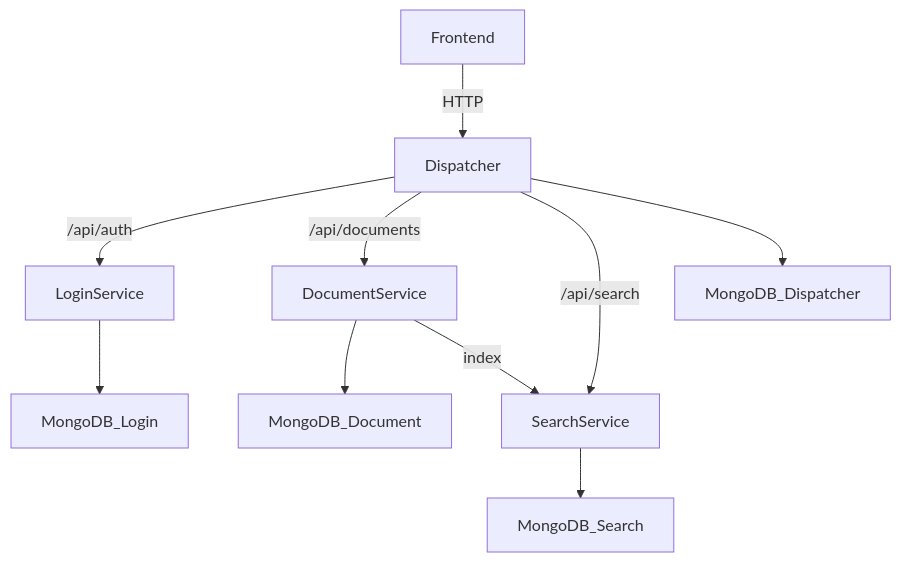
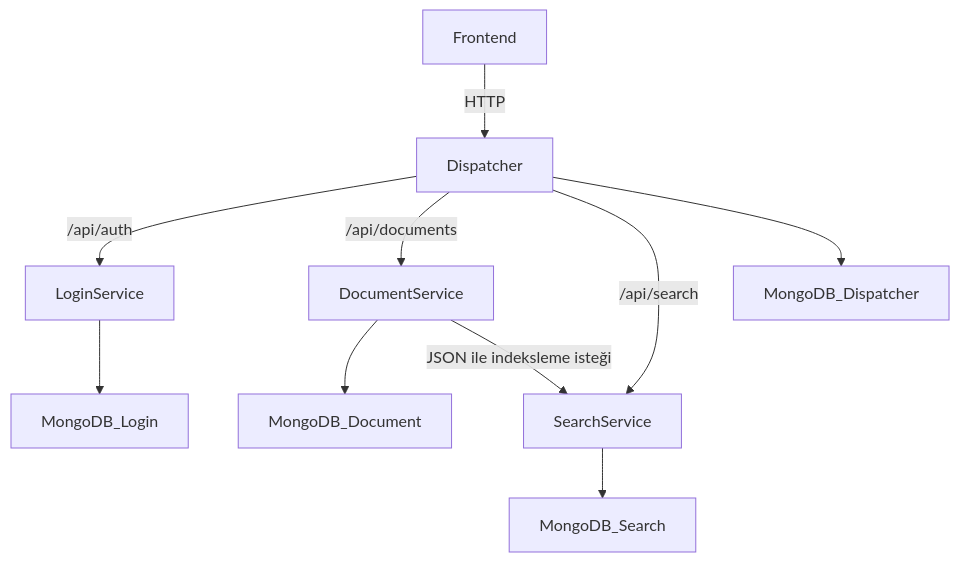
Before and after one commit to sudenazguldal/YAZ-LAB-II-KurumArsivi: the first of 5 diagrams in README.md, drawn with Mermaid. The commit also changed other lines of this file, not shown here.

````diff
--- a/README.md
+++ b/README.md
@@ -41,12 +59,12 @@
 ```mermaid
 graph TD
     Frontend -->|HTTP| Dispatcher
     Dispatcher -->|/api/auth| LoginService
     Dispatcher -->|/api/documents| DocumentService
     Dispatcher -->|/api/search| SearchService
     LoginService --> MongoDB_Login
     DocumentService --> MongoDB_Document
-    DocumentService -->|index| SearchService
+    DocumentService -->|JSON ile indeksleme isteği| SearchService
     SearchService --> MongoDB_Search
     Dispatcher --> MongoDB_Dispatcher
 ```
````
